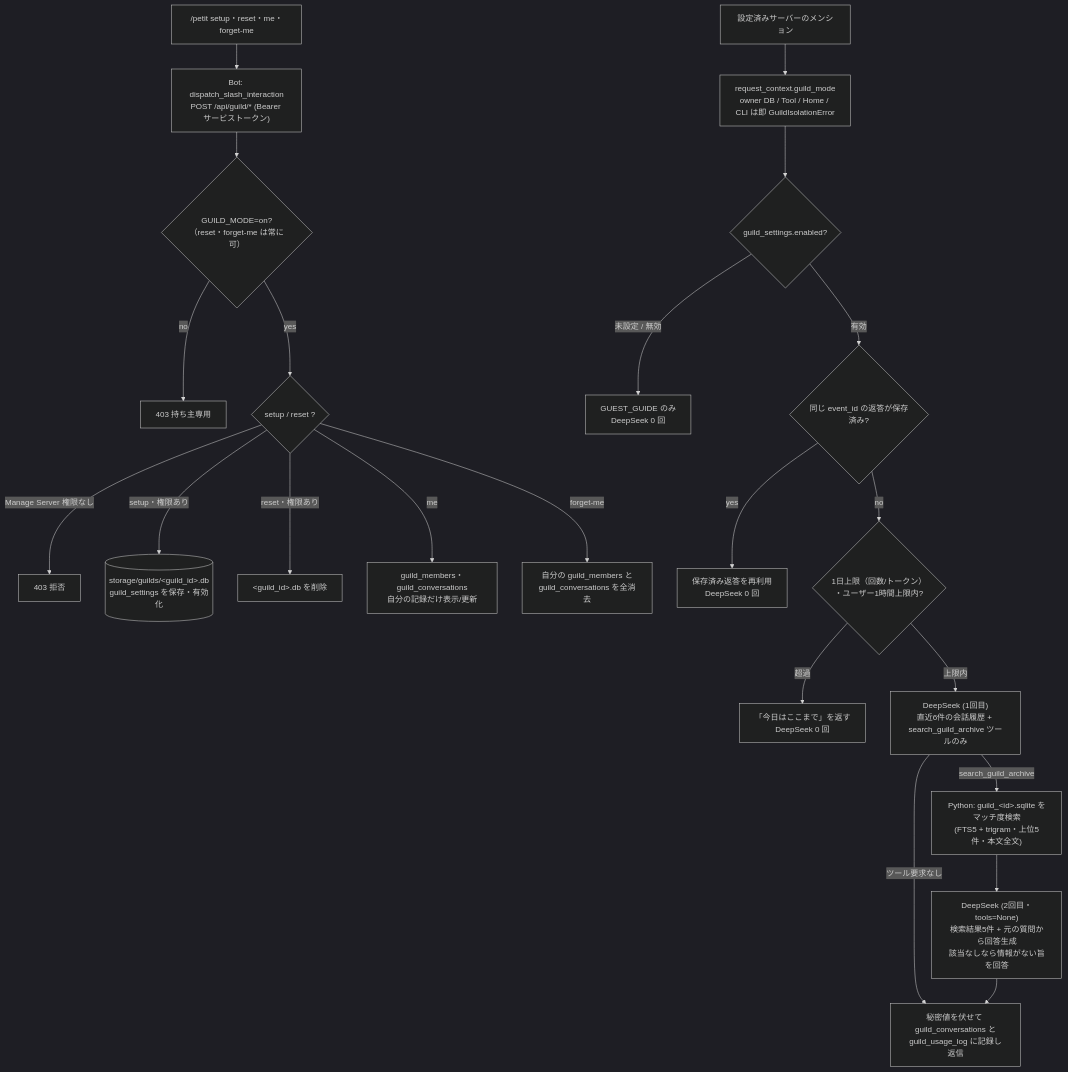
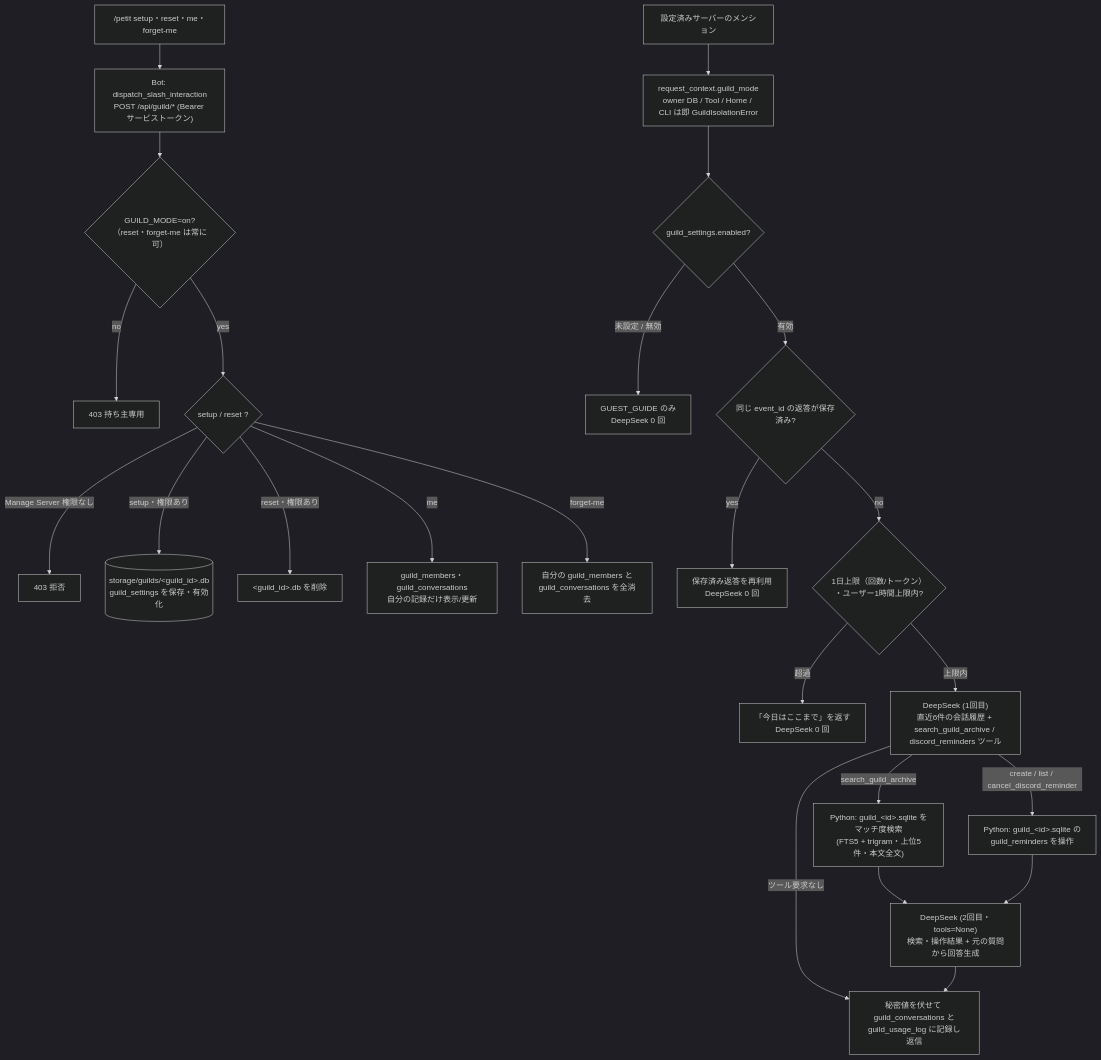
One commit to Soso2e/PETIT changed diagram 12 of 48 in docs/runtime-flows.md. Above: the diagram before and after it, drawn with Mermaid (dark theme). The commit also changed other lines of this file and 16 other files, not shown here.

````diff
--- a/docs/runtime-flows.md
+++ b/docs/runtime-flows.md
@@ -306,25 +309,27 @@
 ```mermaid
 flowchart TD
     Slash["/petit setup・reset・me・forget-me"] --> RelaySlash["Bot: dispatch_slash_interaction<br/>POST /api/guild/* (Bearer サービストークン)"]
     RelaySlash --> GMode{"GUILD_MODE=on?<br/>（reset・forget-me は常に可）"}
     GMode -->|no| Private[403 持ち主専用]
     GMode -->|yes| Perm{setup / reset ?}
     Perm -->|Manage Server 権限なし| Deny403[403 拒否]
     Perm -->|setup・権限あり| InitDB[("storage/guilds/&lt;guild_id&gt;.db<br/>guild_settings を保存・有効化")]
     Perm -->|reset・権限あり| DropDB["&lt;guild_id&gt;.db を削除"]
     Perm -->|me| MeDB["guild_members・guild_conversations<br/>自分の記録だけ表示/更新"]
     Perm -->|forget-me| ForgetDB["自分の guild_members と<br/>guild_conversations を全消去"]
 
     Mention[設定済みサーバーのメンション] --> Guard["request_context.guild_mode<br/>owner DB / Tool / Home / CLI は即 GuildIsolationError"]
     Guard --> Config{guild_settings.enabled?}
     Config -->|未設定 / 無効| Zero[GUEST_GUIDE のみ<br/>DeepSeek 0 回]
     Config -->|有効| Idem{同じ event_id の返答が保存済み?}
     Idem -->|yes| Saved[保存済み返答を再利用<br/>DeepSeek 0 回]
     Idem -->|no| Budget{1日上限（回数/トークン）<br/>・ユーザー1時間上限内?}
     Budget -->|超過| Stop["「今日はここまで」を返す<br/>DeepSeek 0 回"]
-    Budget -->|上限内| DS["DeepSeek (1回目)<br/>直近6件の会話履歴 + search_guild_archive ツールのみ"]
+    Budget -->|上限内| DS["DeepSeek (1回目)<br/>直近6件の会話履歴 + search_guild_archive / discord_reminders ツール"]
     DS -->|ツール要求なし| Redact[秘密値を伏せて guild_conversations と<br/>guild_usage_log に記録し返信]
     DS -->|search_guild_archive| PySearch["Python: guild_&lt;id&gt;.sqlite をマッチ度検索<br/>(FTS5 + trigram・上位5件・本文全文)"]
-    PySearch --> DS2["DeepSeek (2回目・tools=None)<br/>検索結果5件 + 元の質問から回答生成<br/>該当なしなら情報がない旨を回答"]
+    DS -->|create / list / cancel_discord_reminder| PyRem["Python: guild_&lt;id&gt;.sqlite の<br/>guild_reminders を操作"]
+    PySearch --> DS2["DeepSeek (2回目・tools=None)<br/>検索・操作結果 + 元の質問から回答生成"]
+    PyRem --> DS2
     DS2 --> Redact
 ```
````
